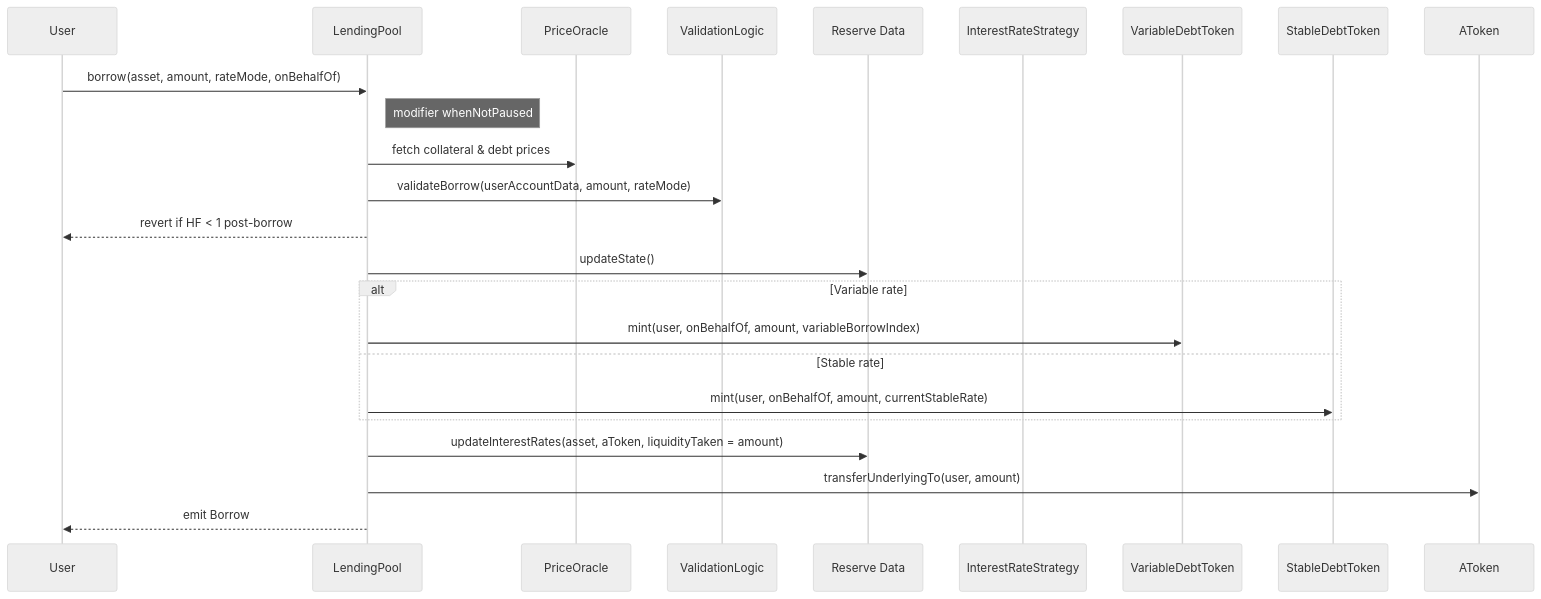
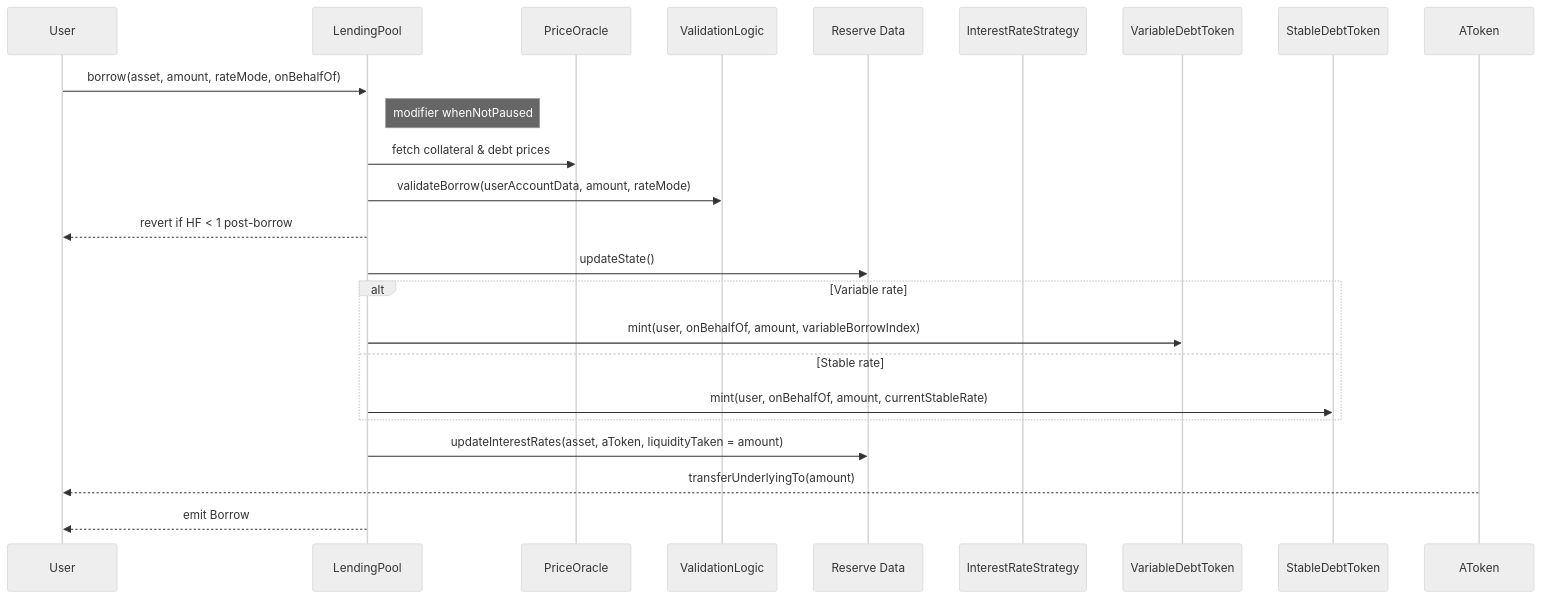
One commit to MrDoSSS/aave-v2-docs changed the second of 3 diagrams in docs/flows.md. Above: the diagram before and after it, drawn with Mermaid (neutral theme). The commit also changed other lines of this file, not shown here.

Commit message:
chore: update flow

````diff
--- a/docs/flows.md
+++ b/docs/flows.md
@@ -32,27 +33,27 @@
 ```mermaid
 sequenceDiagram
     participant U as User
     participant LP as LendingPool
     participant PO as PriceOracle
     participant VR as ValidationLogic
     participant RS as Reserve Data
     participant IRS as InterestRateStrategy
     participant vD as VariableDebtToken
     participant sD as StableDebtToken
     participant aT as AToken
 
     U->>LP: borrow(asset, amount, rateMode, onBehalfOf)
     note right of LP: modifier whenNotPaused
     LP->>PO: fetch collateral & debt prices
     LP->>VR: validateBorrow(userAccountData, amount, rateMode)
     LP-->>U: revert if HF < 1 post-borrow
     LP->>RS: updateState()
     alt Variable rate
         LP->>vD: mint(user, onBehalfOf, amount, variableBorrowIndex)
     else Stable rate
         LP->>sD: mint(user, onBehalfOf, amount, currentStableRate)
     end
     LP->>RS: updateInterestRates(asset, aToken, liquidityTaken = amount)
-    LP->>aT: transferUnderlyingTo(user, amount)
+    aT-->>U: transferUnderlyingTo(amount)
     LP-->>U: emit Borrow
 ```
````
